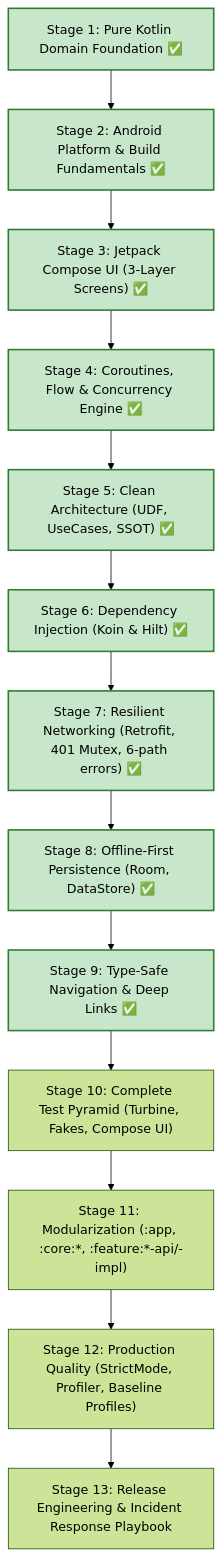
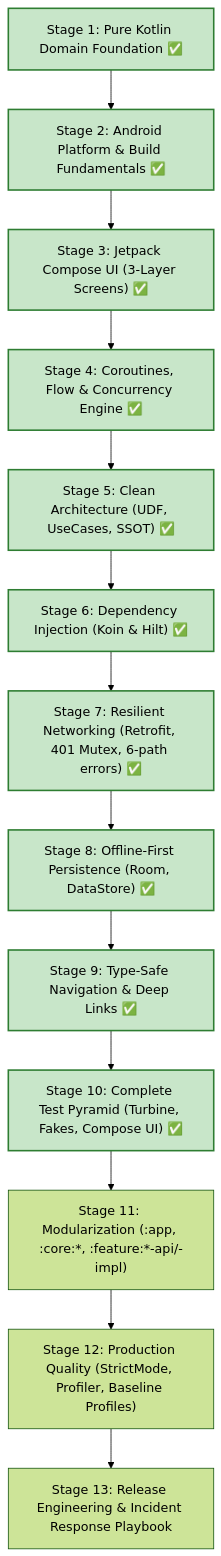
The diagram in enterprise-finance-tracker-real-time-app/README.md (rohitlavate97/android-development), drawn with Mermaid (forest theme) before and after one commit. The commit also changed other lines of this file and 7 other files, not shown here.

Commit message:
feat(stage-10): Implement complete testing pyramid with Unit, DAO, Repository, ViewModel Turbine, and Compose UI tests

````diff
--- a/enterprise-finance-tracker-real-time-app/README.md
+++ b/enterprise-finance-tracker-real-time-app/README.md
@@ -21,25 +21,26 @@
 ```mermaid
 graph TD
     S01["Stage 1: Pure Kotlin Domain Foundation ✅"] --> S02["Stage 2: Android Platform & Build Fundamentals ✅"]
     S02 --> S03["Stage 3: Jetpack Compose UI (3-Layer Screens) ✅"]
     S03 --> S04["Stage 4: Coroutines, Flow & Concurrency Engine ✅"]
     S04 --> S05["Stage 5: Clean Architecture (UDF, UseCases, SSOT) ✅"]
     S05 --> S06["Stage 6: Dependency Injection (Koin & Hilt) ✅"]
     S06 --> S07["Stage 7: Resilient Networking (Retrofit, 401 Mutex, 6-path errors) ✅"]
     S07 --> S08["Stage 8: Offline-First Persistence (Room, DataStore) ✅"]
     S08 --> S09["Stage 9: Type-Safe Navigation & Deep Links ✅"]
-    S09 --> S10["Stage 10: Complete Test Pyramid (Turbine, Fakes, Compose UI)"]
+    S09 --> S10["Stage 10: Complete Test Pyramid (Turbine, Fakes, Compose UI) ✅"]
     S10 --> S11["Stage 11: Modularization (:app, :core:*, :feature:*-api/-impl)"]
     S11 --> S12["Stage 12: Production Quality (StrictMode, Profiler, Baseline Profiles)"]
     S12 --> S13["Stage 13: Release Engineering & Incident Response Playbook"]
 
     style S01 fill:#c8e6c9,stroke:#2e7d32,stroke-width:2px
     style S02 fill:#c8e6c9,stroke:#2e7d32,stroke-width:2px
     style S03 fill:#c8e6c9,stroke:#2e7d32,stroke-width:2px
     style S04 fill:#c8e6c9,stroke:#2e7d32,stroke-width:2px
     style S05 fill:#c8e6c9,stroke:#2e7d32,stroke-width:2px
     style S06 fill:#c8e6c9,stroke:#2e7d32,stroke-width:2px
     style S07 fill:#c8e6c9,stroke:#2e7d32,stroke-width:2px
     style S08 fill:#c8e6c9,stroke:#2e7d32,stroke-width:2px
     style S09 fill:#c8e6c9,stroke:#2e7d32,stroke-width:2px
+    style S10 fill:#c8e6c9,stroke:#2e7d32,stroke-width:2px
 ```
````
